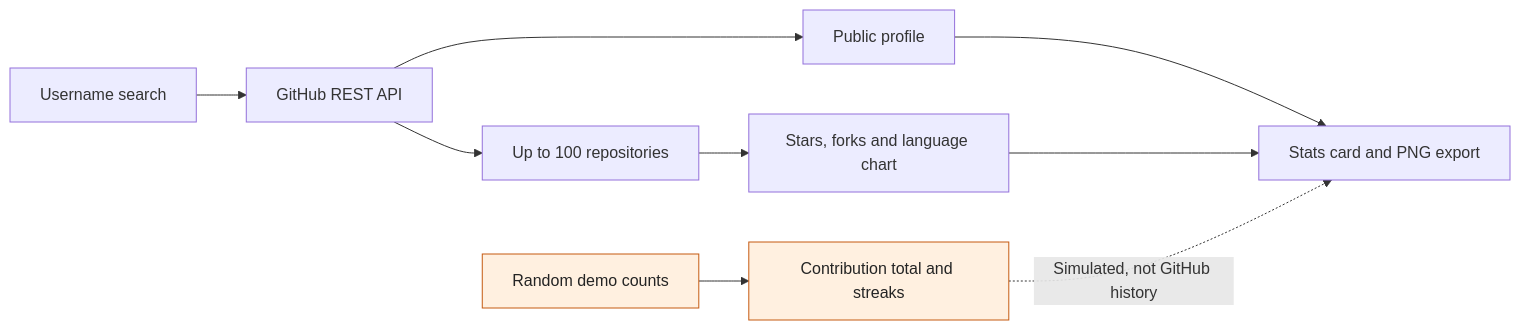
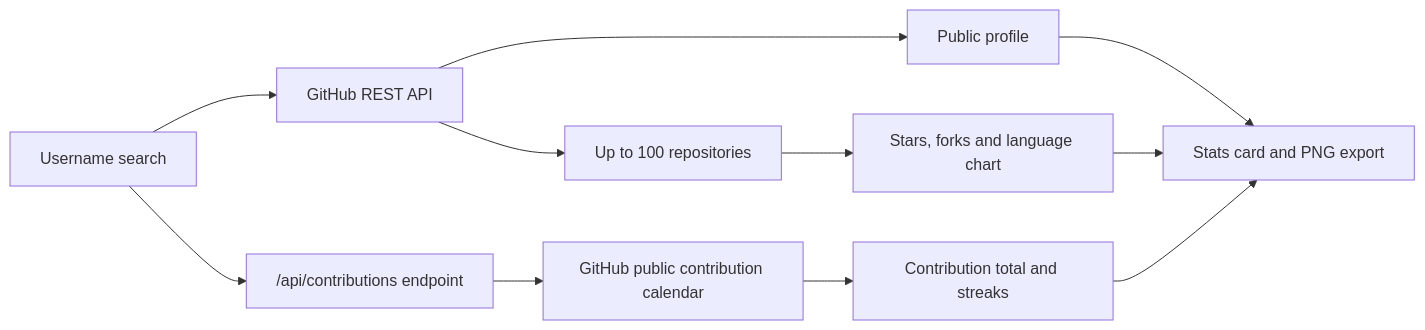
The diagram in README.md (InesZenkri/Github-Insights), drawn with Mermaid before and after one commit. The commit also changed other lines of this file, not shown here.

Commit message:
docs: update README for real contribution data

````diff
--- a/README.md
+++ b/README.md
@@ -15,13 +15,13 @@
 ```mermaid
 flowchart LR
     A[Username search] --> B[GitHub REST API]
+    A --> F["/api/contributions endpoint"]
     B --> C[Public profile]
     B --> D[Up to 100 repositories]
     D --> E[Stars, forks and language chart]
-    F[Random demo counts] --> G[Contribution total and streaks]
+    F --> G[GitHub public contribution calendar]
+    G --> I[Contribution total and streaks]
     C --> H[Stats card and PNG export]
     E --> H
-    G -. Simulated, not GitHub history .-> H
-    style F fill:#fff0e0,stroke:#c55a11,color:#242424
-    style G fill:#fff0e0,stroke:#c55a11,color:#242424
+    I --> H
 ```
````
